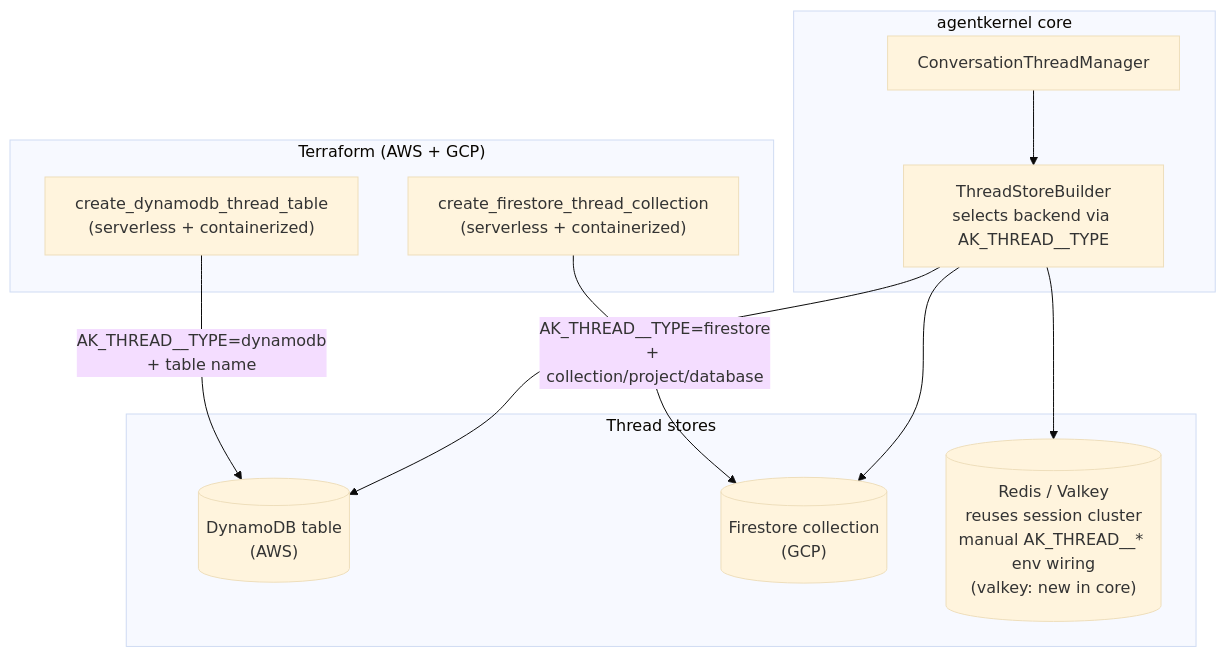
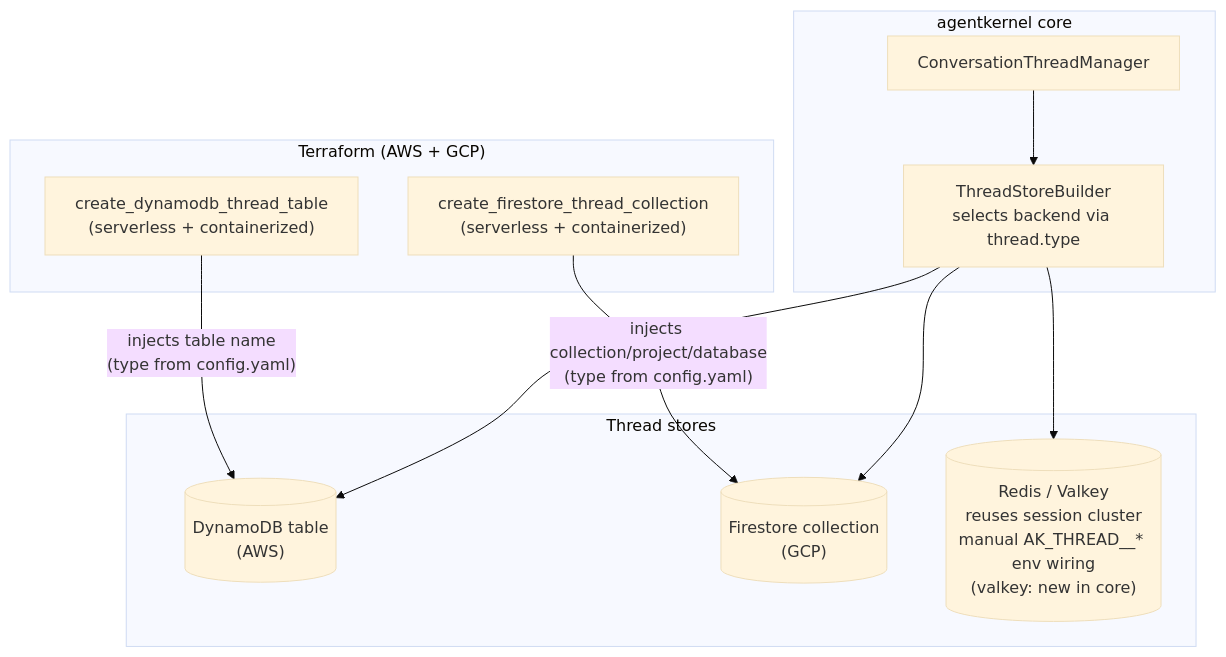
Before and after one commit to yaalalabs/agent-kernel: the diagram in docs/specs/527-thread-store-deployment/design.md, drawn with Mermaid (base theme). The commit also changed other lines of this file and 18 other files, not shown here.

Commit message:
Remove thread type inject in infra

````diff
--- a/docs/specs/527-thread-store-deployment/design.md
+++ b/docs/specs/527-thread-store-deployment/design.md
@@ -34,25 +34,25 @@
 ```mermaid
 flowchart TB
     subgraph tf["Terraform (AWS + GCP)"]
         AWSVar["create_dynamodb_thread_table<br/>(serverless + containerized)"]
         GCPVar["create_firestore_thread_collection<br/>(serverless + containerized)"]
     end
 
     subgraph core["agentkernel core"]
         CTM["ConversationThreadManager"]
-        TSB["ThreadStoreBuilder<br/>selects backend via AK_THREAD__TYPE"]
+        TSB["ThreadStoreBuilder<br/>selects backend via thread.type"]
         CTM --> TSB
     end
 
     subgraph stores["Thread stores"]
         DDB[("DynamoDB table<br/>(AWS)")]
         FS[("Firestore collection<br/>(GCP)")]
         RV[("Redis / Valkey<br/>reuses session cluster<br/>manual AK_THREAD__* env wiring<br/>(valkey: new in core)")]
     end
 
-    AWSVar -->|"AK_THREAD__TYPE=dynamodb<br/>+ table name"| DDB
-    GCPVar -->|"AK_THREAD__TYPE=firestore<br/>+ collection/project/database"| FS
+    AWSVar -->|"injects table name<br/>(type from config.yaml)"| DDB
+    GCPVar -->|"injects collection/project/database<br/>(type from config.yaml)"| FS
     TSB --> DDB
     TSB --> FS
     TSB --> RV
 ```
````
